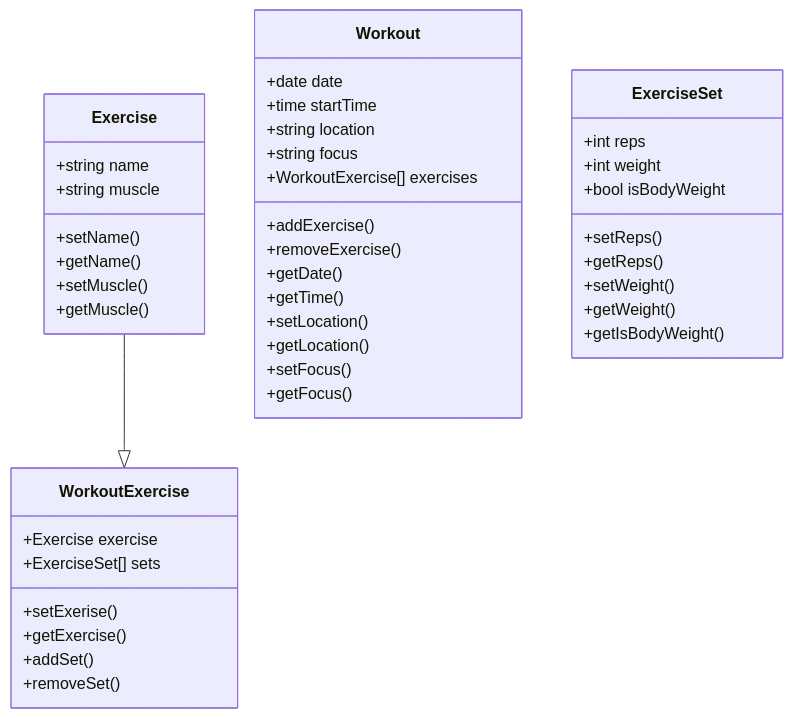
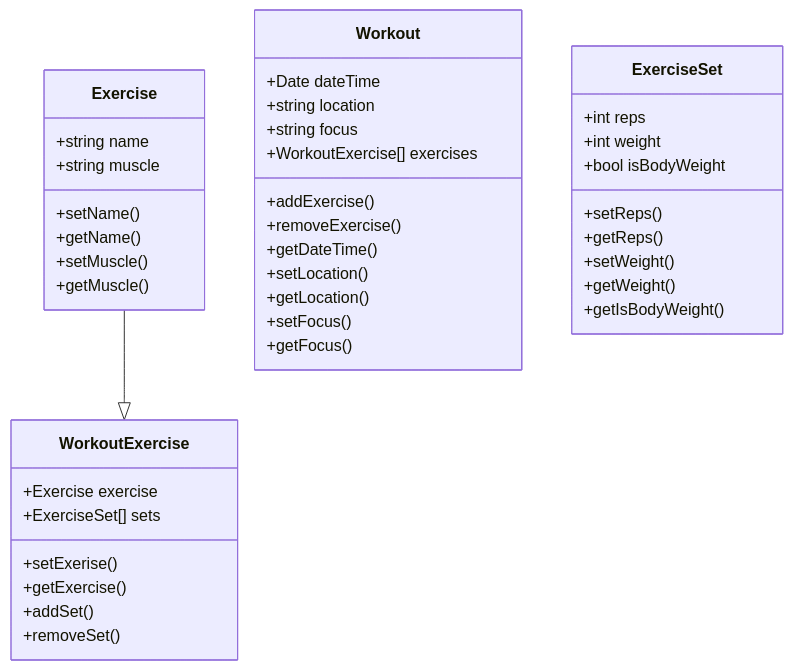
The diagram in doccumentation/data.md (ThapeloSeletisha/app-gym-tracker), drawn with Mermaid before and after one commit. The commit also changed 6 other files, not shown here.

````diff
--- a/doccumentation/data.md
+++ b/doccumentation/data.md
@@ -4,45 +4,43 @@
 ```mermaid
 classDiagram
   Exercise --|> WorkoutExercise
   class Workout{
-    +date date
-    +time startTime
+    +Date dateTime
     +string location
     +string focus
     +WorkoutExercise[] exercises
     +addExercise()
     +removeExercise()
-    +getDate()
-    +getTime()
+    +getDateTime()
     +setLocation()
     +getLocation()
     +setFocus()
     +getFocus()
   }
   class Exercise {
     +string name
     +string muscle
     +setName()
     +getName()
     +setMuscle()
     +getMuscle()
   }
   class WorkoutExercise {
     +Exercise exercise
     +ExerciseSet[] sets
     +setExerise()
     +getExercise()
     +addSet()
     +removeSet()
   }
   class ExerciseSet {
     +int reps
     +int weight
     +bool isBodyWeight
     +setReps()
     +getReps()
     +setWeight()
     +getWeight()
     +getIsBodyWeight()
   }
 ```
````
